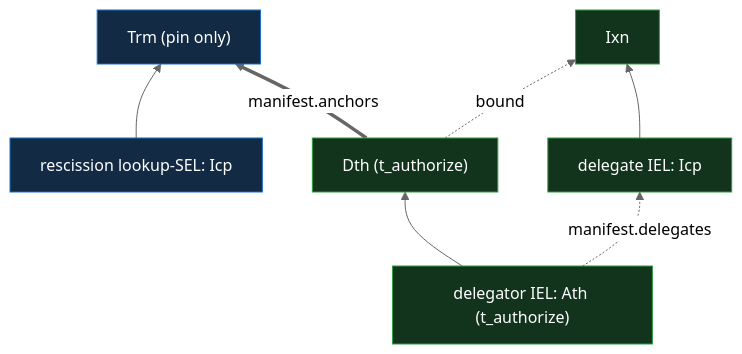
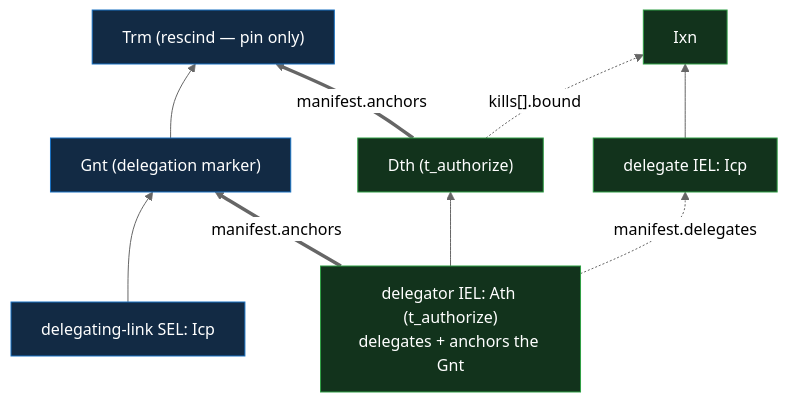
The diagram in docs/design/primitives/data/event-logs/iel/delegation.md (jasoncolburne/vdti), drawn with Mermaid (neutral theme) before and after one commit. The commit also changed other lines of this file and 67 other files, not shown here.

````diff
--- a/docs/design/primitives/data/event-logs/iel/delegation.md
+++ b/docs/design/primitives/data/event-logs/iel/delegation.md
@@ -47,11 +53,13 @@
 ```mermaid
 flowchart BT
-  dAth["delegator IEL: Ath (t_authorize)"]:::iel --> dDth["Dth (t_authorize)"]:::iel
-  rIcp["rescission lookup-SEL: Icp"]:::sel --> rTrm["Trm (pin only)"]:::sel
+  dAth["delegator IEL: Ath (t_authorize)<br/>delegates + anchors the Gnt"]:::iel --> dDth["Dth (t_authorize)"]:::iel
+  lIcp["delegating-link SEL: Icp"]:::sel --> lGnt["Gnt (delegation marker)"]:::sel
+  lGnt --> lTrm["Trm (rescind — pin only)"]:::sel
+  dAth ==>|manifest.anchors| lGnt
   dAth -.->|manifest.delegates| P
-  dDth ==>|manifest.anchors| rTrm
-  dDth -.->|bound| Q
+  dDth ==>|manifest.anchors| lTrm
+  dDth -.->|"kills[].bound"| Q
   P["delegate IEL: Icp"]:::iel --> Q["Ixn"]:::iel
   classDef iel fill:#12331c,stroke:#2f9e44,color:#fff
   classDef sel fill:#122a44,stroke:#1971c2,color:#fff
 ```
````
